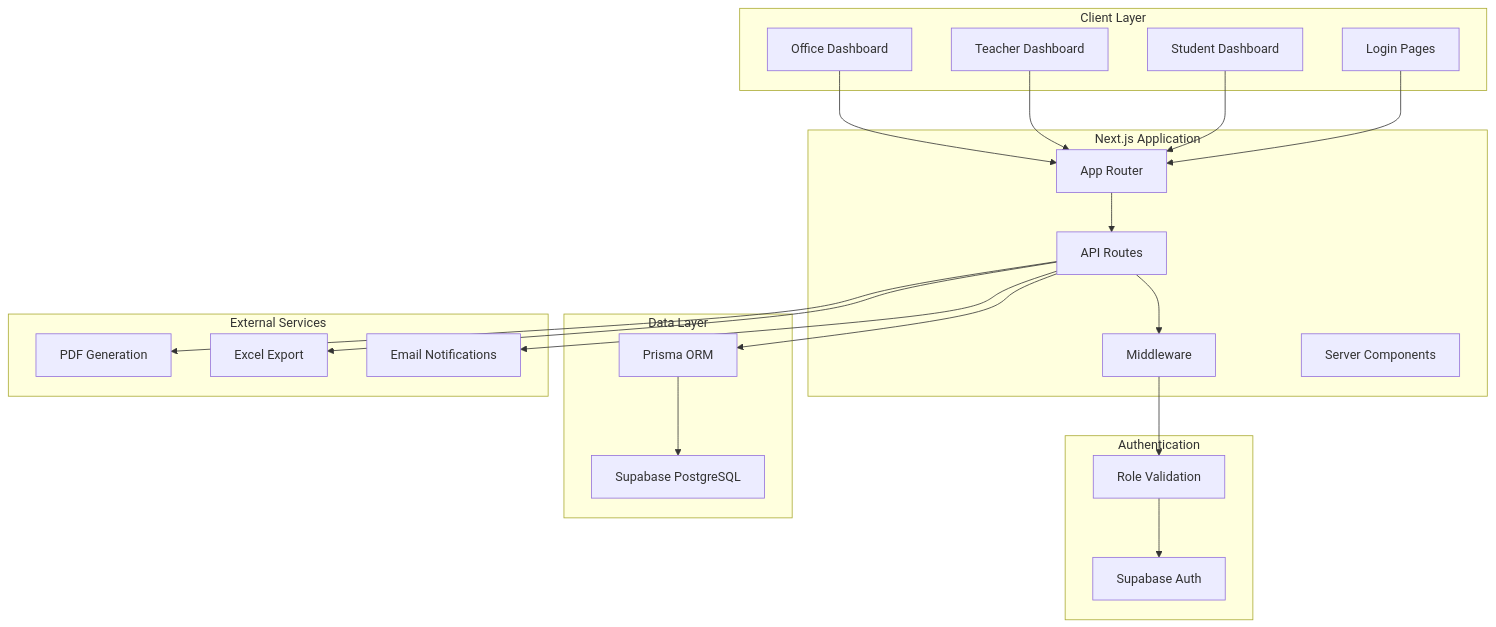
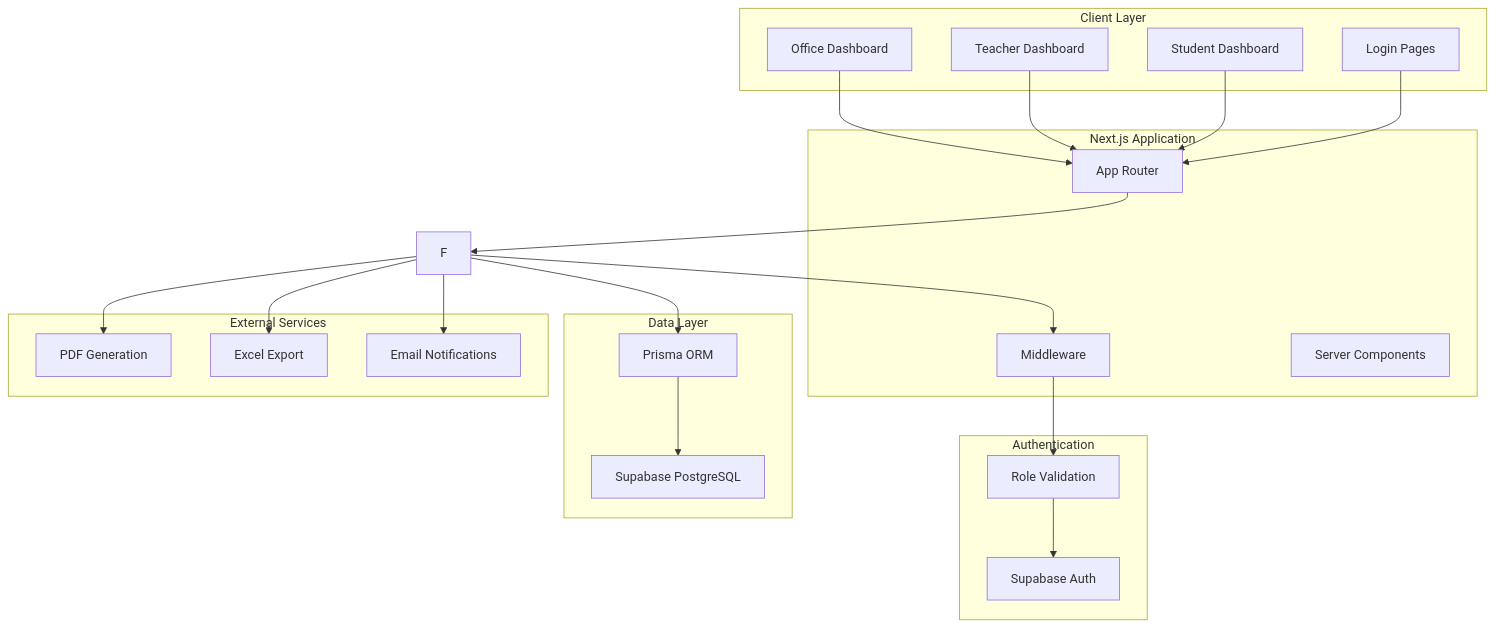
One commit to MasoudAndiwal/Online-Authentication changed the diagram in .kiro/specs/university-attendance-system/design.md. Above: the diagram before and after it, drawn with Mermaid. The commit also changed 22 other files, not shown here.

````diff
--- a/.kiro/specs/university-attendance-system/design.md
+++ b/.kiro/specs/university-attendance-system/design.md
@@ -13,46 +13,45 @@
 ```mermaid
 graph TB
     subgraph "Client Layer"
         A[Office Dashboard]
         B[Teacher Dashboard]
         C[Student Dashboard]
         D[Login Pages]
     end
     
     subgraph "Next.js Application"
         E[App Router]
-        F[API Routes]
         G[Middleware]
         H[Server Components]
     end
     
     subgraph "Authentication"
         I[Supabase Auth]
         J[Role Validation]
     end
     
     subgraph "Data Layer"
         K[Prisma ORM]
         L[Supabase PostgreSQL]
     end
     
     subgraph "External Services"
         M[PDF Generation]
         N[Excel Export]
         O[Email Notifications]
     end
     
     A --> E
     B --> E
     C --> E
     D --> E
     E --> F
     F --> G
     G --> J
     J --> I
     F --> K
     K --> L
     F --> M
     F --> N
     F --> O
 ```
````
